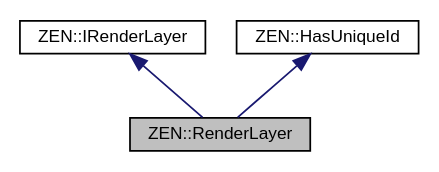
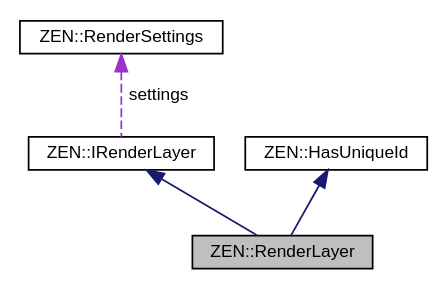
One commit to markhj/zeronetics changed the diagram in classZEN_1_1RenderLayer__coll__graph.dot. Above: the diagram before and after it, drawn with Graphviz. The commit also changed 187 other files, not shown here.

```diff
--- a/classZEN_1_1RenderLayer__coll__graph.dot
+++ b/classZEN_1_1RenderLayer__coll__graph.dot
@@ -1,11 +1,13 @@
 digraph "ZEN::RenderLayer"
 {
  // LATEX_PDF_SIZE
   edge [fontname="Helvetica",fontsize="10",labelfontname="Helvetica",labelfontsize="10"];
   node [fontname="Helvetica",fontsize="10",shape=record];
   Node1 [label="ZEN::RenderLayer",height=0.2,width=0.4,color="black", fillcolor="grey75", style="filled", fontcolor="black",tooltip=" "];
   Node2 -> Node1 [dir="back",color="midnightblue",fontsize="10",style="solid",fontname="Helvetica"];
   Node2 [label="ZEN::IRenderLayer",height=0.2,width=0.4,color="black", fillcolor="white", style="filled",URL="$classZEN_1_1IRenderLayer.html",tooltip=" "];
-  Node3 -> Node1 [dir="back",color="midnightblue",fontsize="10",style="solid",fontname="Helvetica"];
-  Node3 [label="ZEN::HasUniqueId",height=0.2,width=0.4,color="black", fillcolor="white", style="filled",URL="$classZEN_1_1HasUniqueId.html",tooltip=" "];
+  Node3 -> Node2 [dir="back",color="darkorchid3",fontsize="10",style="dashed",label=" settings" ,fontname="Helvetica"];
+  Node3 [label="ZEN::RenderSettings",height=0.2,width=0.4,color="black", fillcolor="white", style="filled",URL="$structZEN_1_1RenderSettings.html",tooltip=" "];
+  Node4 -> Node1 [dir="back",color="midnightblue",fontsize="10",style="solid",fontname="Helvetica"];
+  Node4 [label="ZEN::HasUniqueId",height=0.2,width=0.4,color="black", fillcolor="white", style="filled",URL="$classZEN_1_1HasUniqueId.html",tooltip=" "];
 }
```
